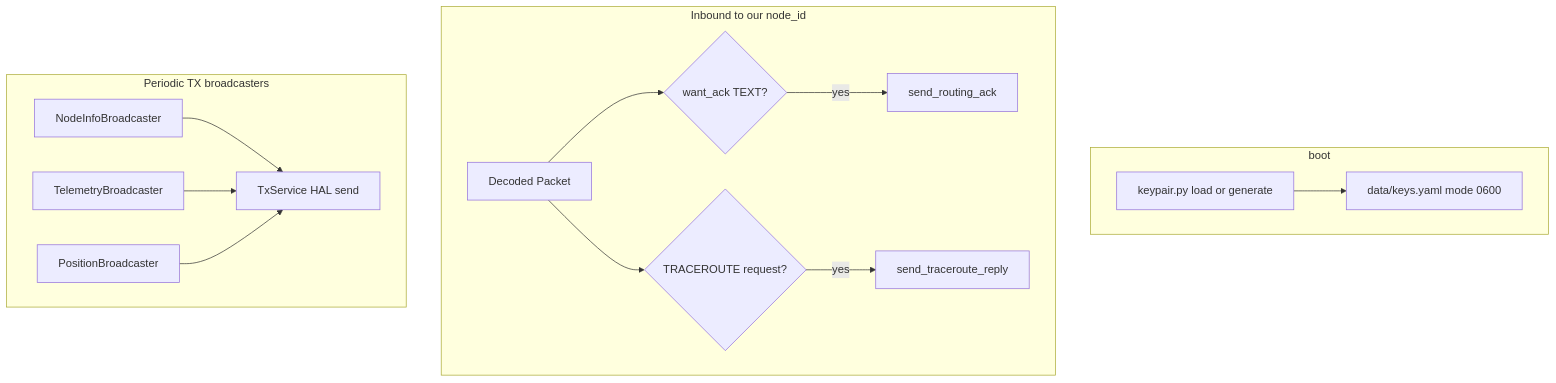
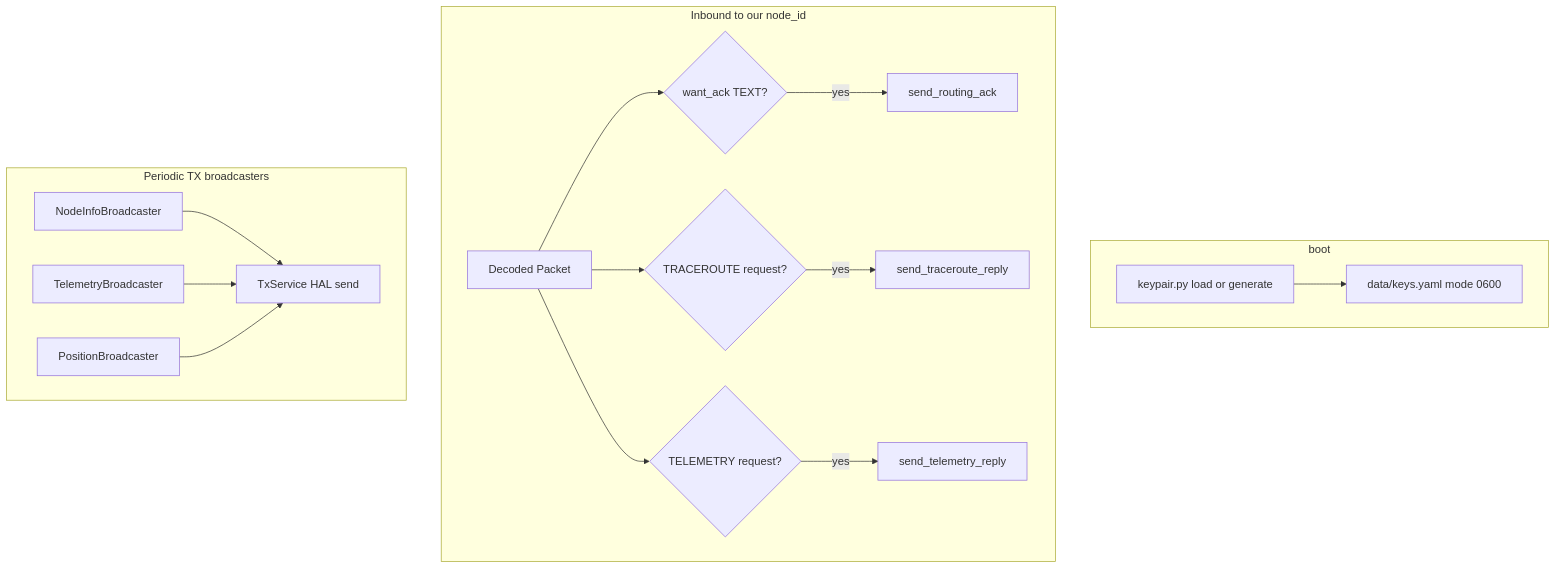
The diagram in docs/plans/v0.7.6-pki-release.md (KMX415/meshpoint), drawn with Mermaid before and after one commit. The commit also changed other lines of this file and 4 other files, not shown here.

````diff
--- a/docs/plans/v0.7.6-pki-release.md
+++ b/docs/plans/v0.7.6-pki-release.md
@@ -34,22 +34,24 @@
 ```mermaid
 flowchart TB
   subgraph boot
     KP[keypair.py load or generate]
     KP --> YAML["data/keys.yaml mode 0600"]
   end
   subgraph inbound [Inbound to our node_id]
     PKT[Decoded Packet]
     PKT --> ACK{want_ack TEXT?}
     PKT --> TR{TRACEROUTE request?}
+    PKT --> TM{TELEMETRY request?}
     ACK -->|yes| SendAck[send_routing_ack]
     TR -->|yes| SendTrace[send_traceroute_reply]
+    TM -->|yes| SendTelem[send_telemetry_reply]
   end
   subgraph periodic [Periodic TX broadcasters]
     NI[NodeInfoBroadcaster]
     TB[TelemetryBroadcaster]
     PB[PositionBroadcaster]
     NI --> RF[TxService HAL send]
     TB --> RF
     PB --> RF
   end
 ```
````
